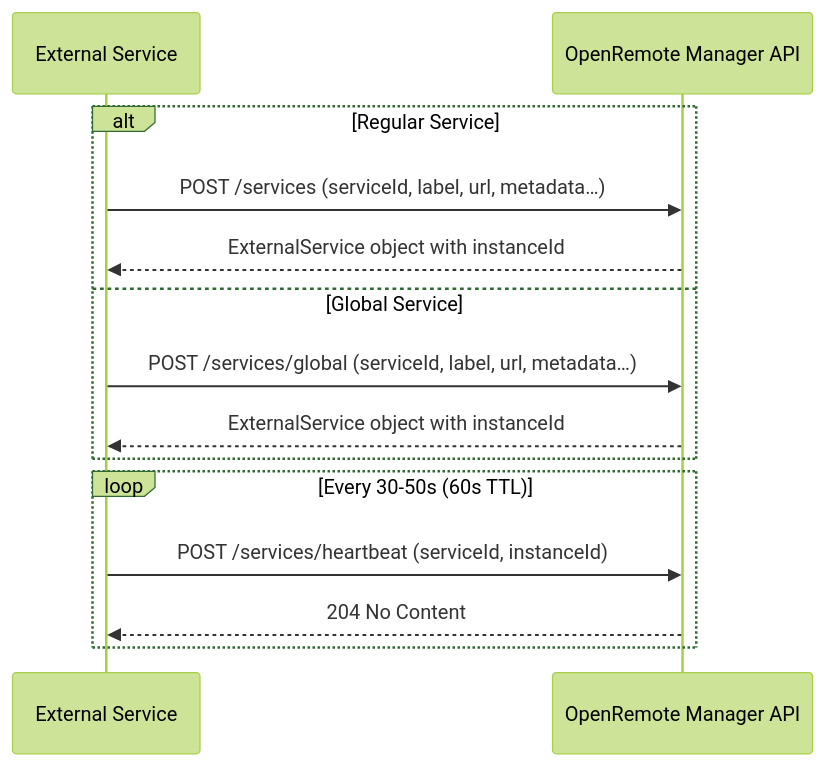
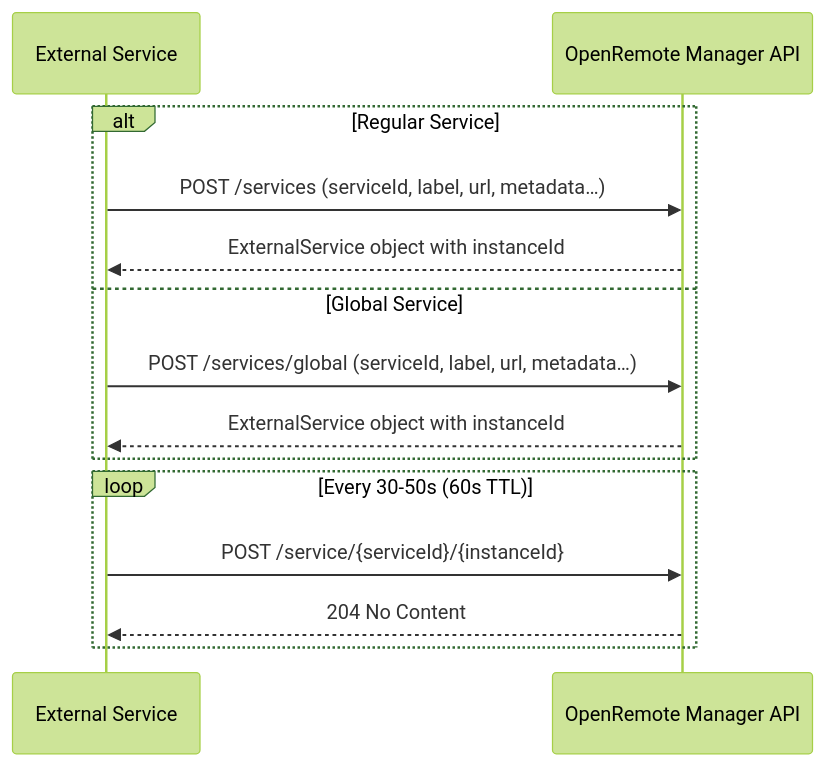
Before and after one commit to openremote/documentation: the diagram in docs/developer-guide/external-services.md, drawn with Mermaid (forest theme). The commit also changed other lines of this file, not shown here.

Commit message:
Should specify that they are path parameters for heartbeat and not body

````diff
--- a/docs/developer-guide/external-services.md
+++ b/docs/developer-guide/external-services.md
@@ -173,18 +173,18 @@
 ```mermaid
 sequenceDiagram
     participant Service as External Service
     participant OR as OpenRemote Manager API
 
     alt Regular Service
         Service->>OR: POST /services (serviceId, label, url, metadata…)
         OR-->>Service: ExternalService object with instanceId
     else Global Service
         Service->>OR: POST /services/global (serviceId, label, url, metadata…)
         OR-->>Service: ExternalService object with instanceId
     end
 
     loop Every 30-50s (60s TTL)
-        Service->>OR: POST /services/heartbeat (serviceId, instanceId)
+        Service->>OR: POST /service/{serviceId}/{instanceId}
         OR-->>Service: 204 No Content
     end
 ```
````
